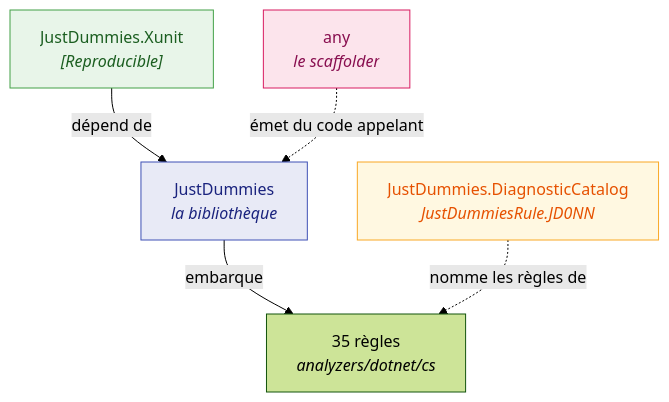
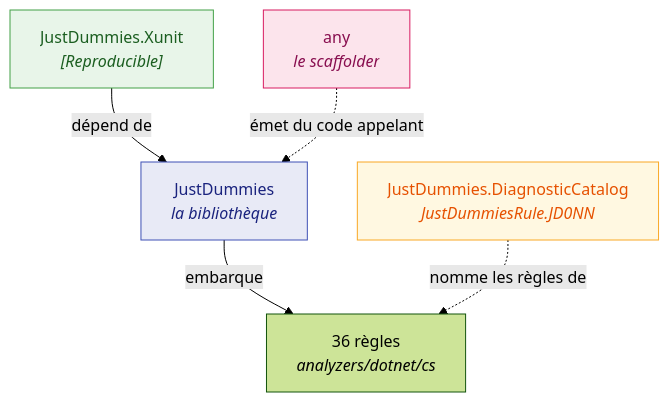
Before and after one commit to Reefact/just-dummies: the diagram in doc/handwritten/for-users/packages/README.fr.md, drawn with Mermaid (forest theme). The commit also changed other lines of this file and 51 other files, not shown here.

First line of the commit message:
feat(analyzers,catalog): add JD036 for a float draw with no range

````diff
--- a/doc/handwritten/for-users/packages/README.fr.md
+++ b/doc/handwritten/for-users/packages/README.fr.md
@@ -19,14 +19,14 @@
 ```mermaid
 flowchart TD
     accTitle: Comment les quatre paquets s'articulent
-    accDescr: JustDummies, la bibliothèque, embarque les 35 règles sous analyzers/dotnet/cs. JustDummies.Xunit dépend de la bibliothèque. JustDummies.DiagnosticCatalog nomme ces règles sans en dépendre, et any, le scaffolder, émet du code appelant la bibliothèque.
-    L["JustDummies<br/><i>la bibliothèque</i>"] -->|"embarque"| A["35 règles<br/><i>analyzers/dotnet/cs</i>"]
+    accDescr: JustDummies, la bibliothèque, embarque les 36 règles sous analyzers/dotnet/cs. JustDummies.Xunit dépend de la bibliothèque. JustDummies.DiagnosticCatalog nomme ces règles sans en dépendre, et any, le scaffolder, émet du code appelant la bibliothèque.
+    L["JustDummies<br/><i>la bibliothèque</i>"] -->|"embarque"| A["36 règles<br/><i>analyzers/dotnet/cs</i>"]
     X["JustDummies.Xunit<br/><i>[Reproducible]</i>"] -->|"dépend de"| L
     C["JustDummies.DiagnosticCatalog<br/><i>JustDummiesRule.JD0NN</i>"]
     C -.->|"nomme les règles de"| A
     D["any<br/><i>le scaffolder</i>"] -.->|"émet du code appelant"| L
     style L fill:#e8eaf6,stroke:#3f51b5,color:#1a237e
     style X fill:#e8f5e9,stroke:#43a047,color:#1b5e20
     style C fill:#fff8e1,stroke:#f9a825,color:#e65100
     style D fill:#fce4ec,stroke:#d81b60,color:#880e4f
 ```
````
